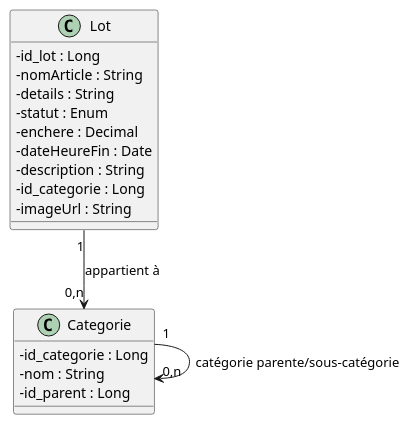
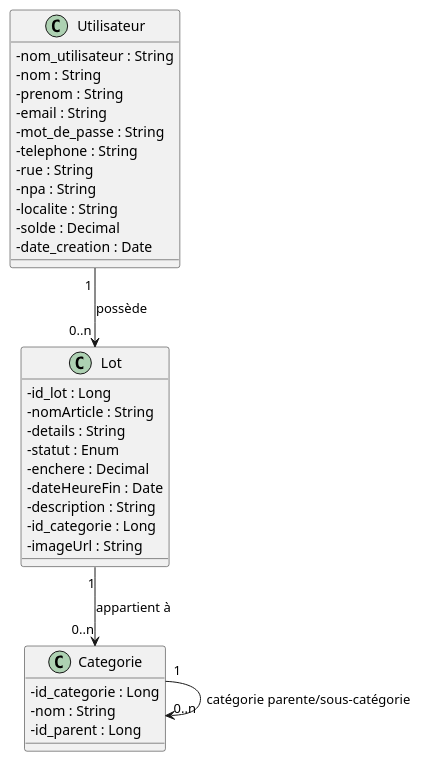
Before and after one commit to ETML-ES-LABEFE-SAM-YOAN/BACKEND: the diagram in docs/domain_model.puml, drawn with PlantUML. The commit also changed 1 other file, not shown here.

Commit message:
DOCS : Rajout de l'utilisateur dans les schémas

```diff
--- a/docs/domain_model.puml
+++ b/docs/domain_model.puml
@@ -1,26 +1,41 @@
 @startuml
 
 skinparam classAttributeIconSize 0
+
+class Utilisateur {
+    - nom_utilisateur : String
+    - nom : String
+    - prenom : String
+    - email : String
+    - mot_de_passe : String
+    - telephone : String
+    - rue : String
+    - npa : String
+    - localite : String
+    - solde : Decimal
+    - date_creation : Date
+}
 
 class Lot {
     - id_lot : Long
     - nomArticle : String
     - details : String
     - statut : Enum
     - enchere : Decimal
     - dateHeureFin : Date
     - description : String
     - id_categorie : Long
     - imageUrl : String
 }
 
 class Categorie {
     - id_categorie : Long
     - nom : String
     - id_parent : Long
 }
 
-Lot "1" --> "0,n" Categorie : "appartient à"
-Categorie "1" --> "0,n" Categorie : "catégorie parente/sous-catégorie"
+Utilisateur "1 " --> "0..n " Lot : "possède"
+Lot "1" --> "0..n" Categorie : "appartient à"
+Categorie "1" --> "0..n" Categorie : "catégorie parente/sous-catégorie"
 
 @enduml
```
